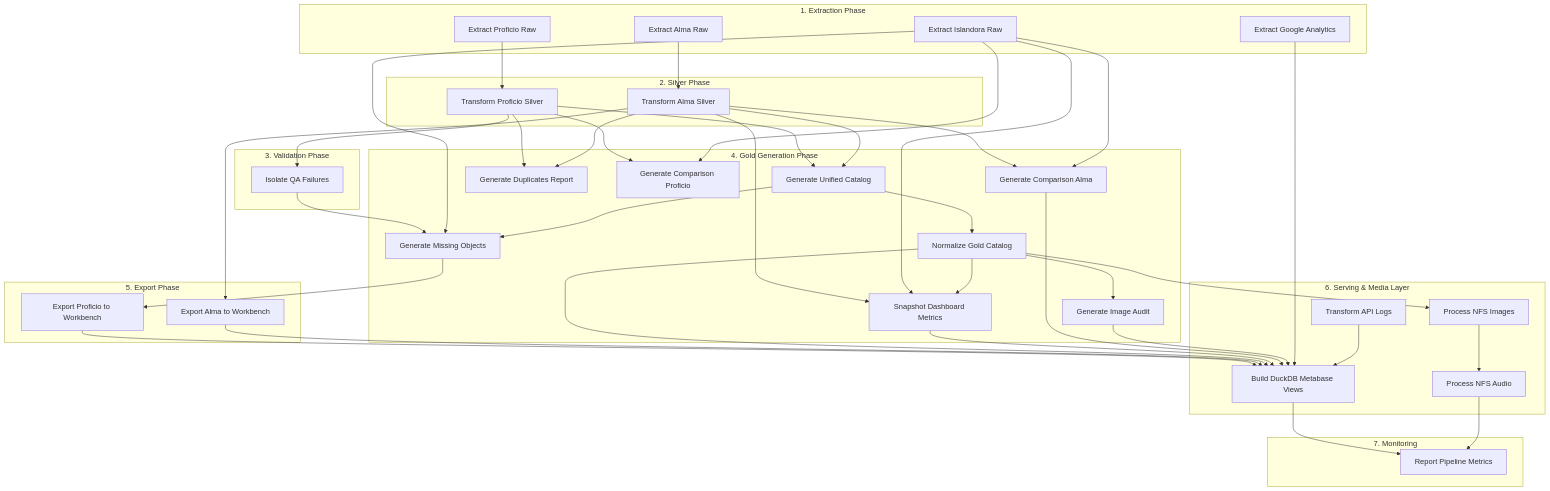
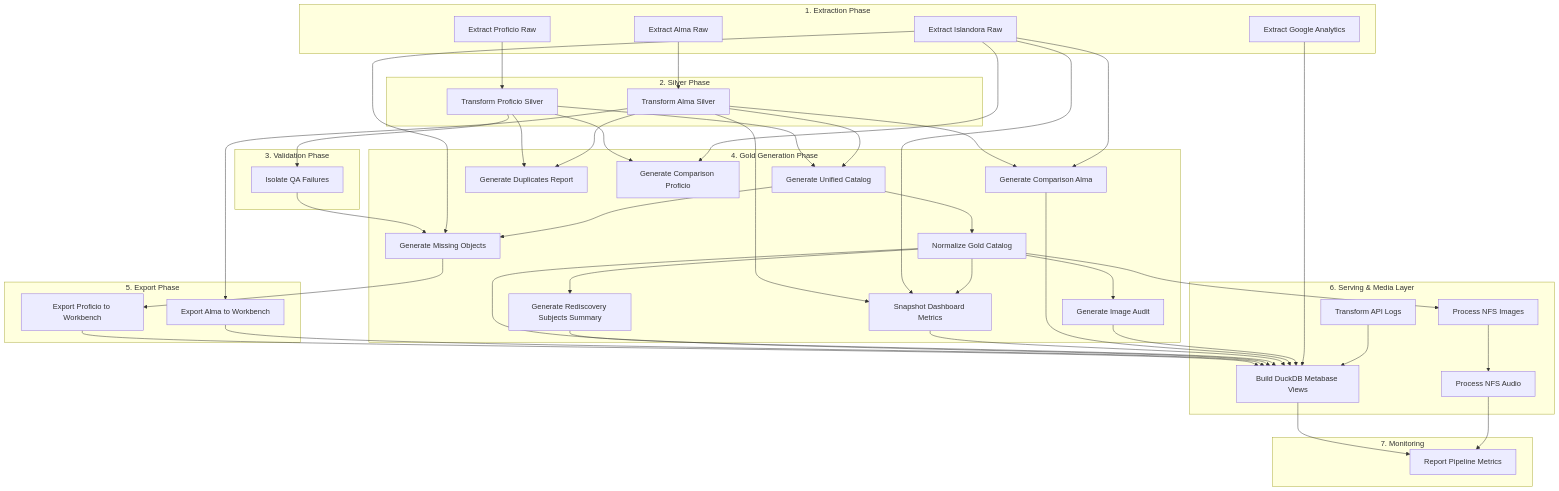
One commit to Andriusau/Wolfsonian-Lakehouse changed the diagram in README.md. Above: the diagram before and after it, drawn with Mermaid. The commit also changed other lines of this file, not shown here.

```diff
--- a/README.md
+++ b/README.md
@@ -126,6 +126,7 @@
     subgraph phase4 [4. Gold Generation Phase]
         UC[Generate Unified Catalog]
         NC[Normalize Gold Catalog]
+        RS[Generate Rediscovery Subjects Summary]
         MO[Generate Missing Objects]
         DR[Generate Duplicates Report]
         CP[Generate Comparison Proficio]
@@ -136,6 +137,7 @@
         PS --> UC
         AS --> UC
         UC --> NC
+        NC --> RS
         
         QA --> MO
         IR --> MO
@@ -174,6 +176,7 @@
         EP --> DB
         EA --> DB
         NC --> DB
+        RS --> DB
         SM --> DB
         CA --> DB
         IA --> DB
```
